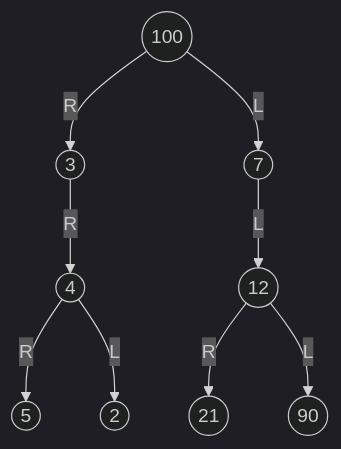
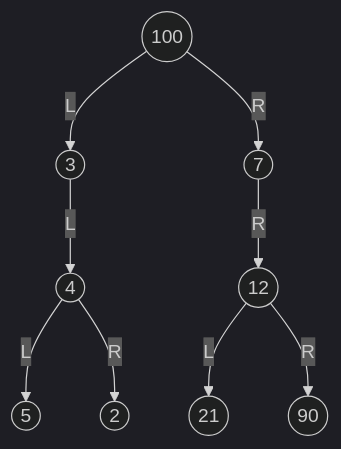
One commit to Luca-02/dispense-algoritmica changed the diagram in Algoritmi e Strutture Dati/2. 🔩 Strutture Dati/🟢 Alberi/2. Visite degli Alberi.md. Above: the diagram before and after it, drawn with Mermaid (dark theme). The commit also changed other lines of this file and 2 other files, not shown here.

Commit message:
vault backup: 2022-06-30 16:06:37

````diff
--- a/Algoritmi e Strutture Dati/2. 🔩 Strutture Dati/🟢 Alberi/2. Visite degli Alberi.md
+++ b/Algoritmi e Strutture Dati/2. 🔩 Strutture Dati/🟢 Alberi/2. Visite degli Alberi.md
@@ -3,20 +3,20 @@
 ```mermaid
 graph TB; 
 i1((100))
 i2((3))
 i3((7))
 i4((4))
 i5((12))
 i6((5))
 i7((2))
 i8((21))
 i9((90))
-i1 --R--> i2
-i1 --L--> i3
-i2 --R--> i4
-i4 --R--> i6
-i4 --L--> i7
-i3 --L--> i5
-i5 --R--> i8
-i5 --L--> i9
+i1 --L--> i2
+i1 --R--> i3
+i2 --L--> i4
+i4 --L--> i6
+i4 --R--> i7
+i3 --R--> i5
+i5 --L--> i8
+i5 --R--> i9
 ```
````
